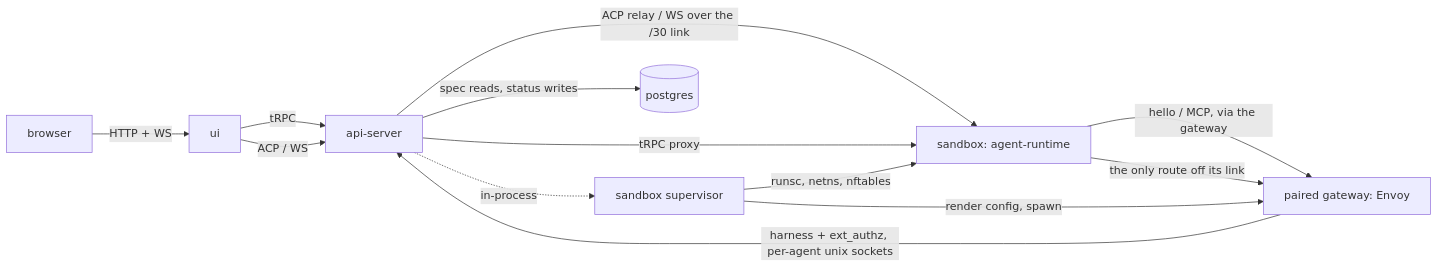
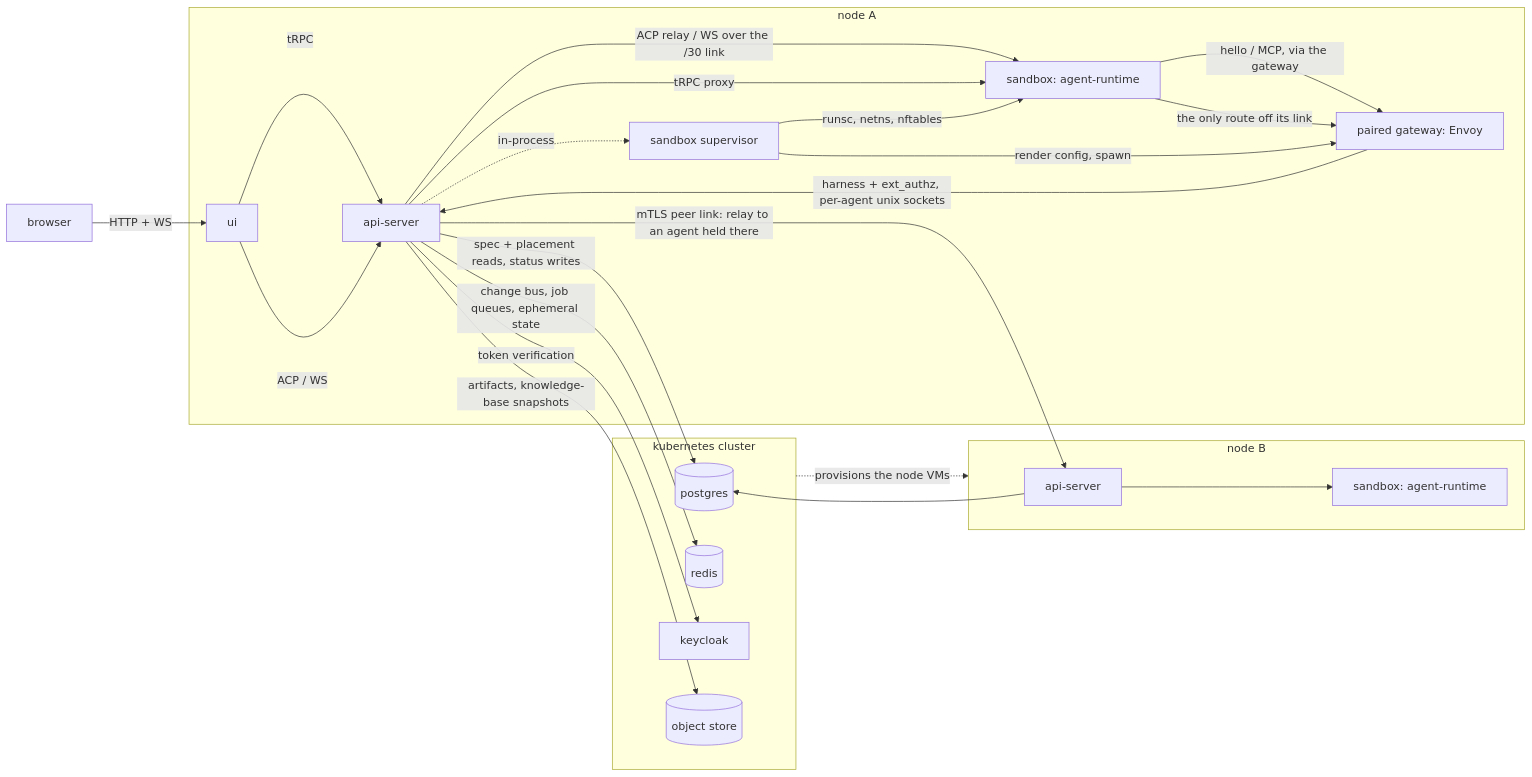
The diagram in docs/architecture/platform-topology.md (dam-agents/dam), drawn with Mermaid before and after one commit. The commit also changed other lines of this file and 9 other files, not shown here.

First line of the commit message:
docs(architecture): the install is several nodes, and Kubernetes runs the nodes

````diff
--- a/docs/architecture/platform-topology.md
+++ b/docs/architecture/platform-topology.md
@@ -13,23 +17,44 @@
 ```mermaid
 flowchart LR
   browser[browser]
-  ui[ui]
-  api-server[api-server]
-  supervisor[sandbox supervisor]
-  agent-runtime[sandbox: agent-runtime]
-  gateway[paired gateway: Envoy]
-  postgres[(postgres)]
+
+  subgraph node-a [node A]
+    ui[ui]
+    api-server[api-server]
+    supervisor[sandbox supervisor]
+    agent-runtime[sandbox: agent-runtime]
+    gateway[paired gateway: Envoy]
+  end
+
+  subgraph node-b [node B]
+    api-server-b[api-server]
+    agent-runtime-b[sandbox: agent-runtime]
+  end
+
+  subgraph cluster [kubernetes cluster]
+    postgres[(postgres)]
+    redis[(redis)]
+    keycloak[keycloak]
+    object-store[(object store)]
+  end
 
   browser -->|HTTP + WS| ui
   ui -->|tRPC| api-server
   ui -->|ACP / WS| api-server
   api-server -->|ACP relay / WS over the /30 link| agent-runtime
   api-server -->|tRPC proxy| agent-runtime
   agent-runtime -->|hello / MCP, via the gateway| gateway
   agent-runtime -->|the only route off its link| gateway
   gateway -->|harness + ext_authz, per-agent unix sockets| api-server
-  api-server -->|spec reads, status writes| postgres
+  api-server -->|spec + placement reads, status writes| postgres
+  api-server -->|change bus, job queues, ephemeral state| redis
+  api-server -->|token verification| keycloak
+  api-server -->|artifacts, knowledge-base snapshots| object-store
   api-server -.->|in-process| supervisor
   supervisor -->|runsc, netns, nftables| agent-runtime
   supervisor -->|render config, spawn| gateway
+  api-server -->|mTLS peer link: relay to an agent held there| api-server-b
+  api-server-b --> agent-runtime-b
+  api-server-b --> postgres
+  cluster -.->|provisions the node VMs| node-b
 ```
````
